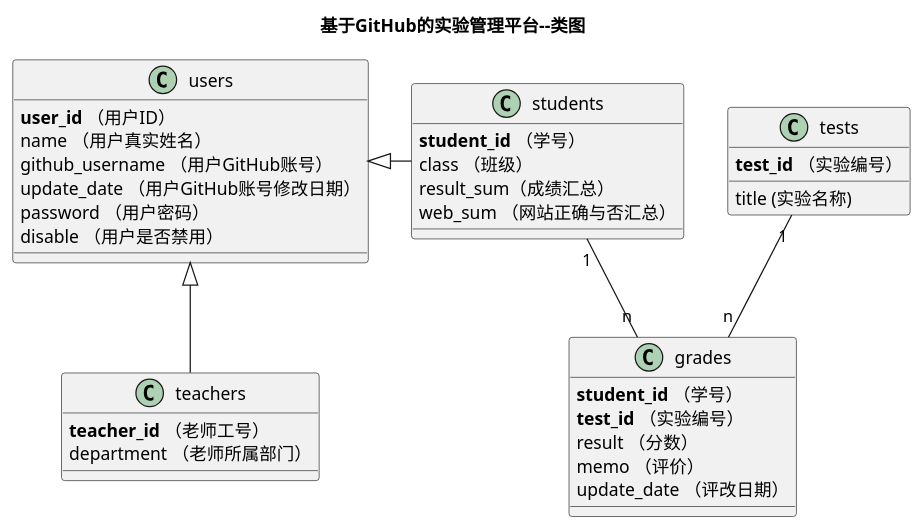
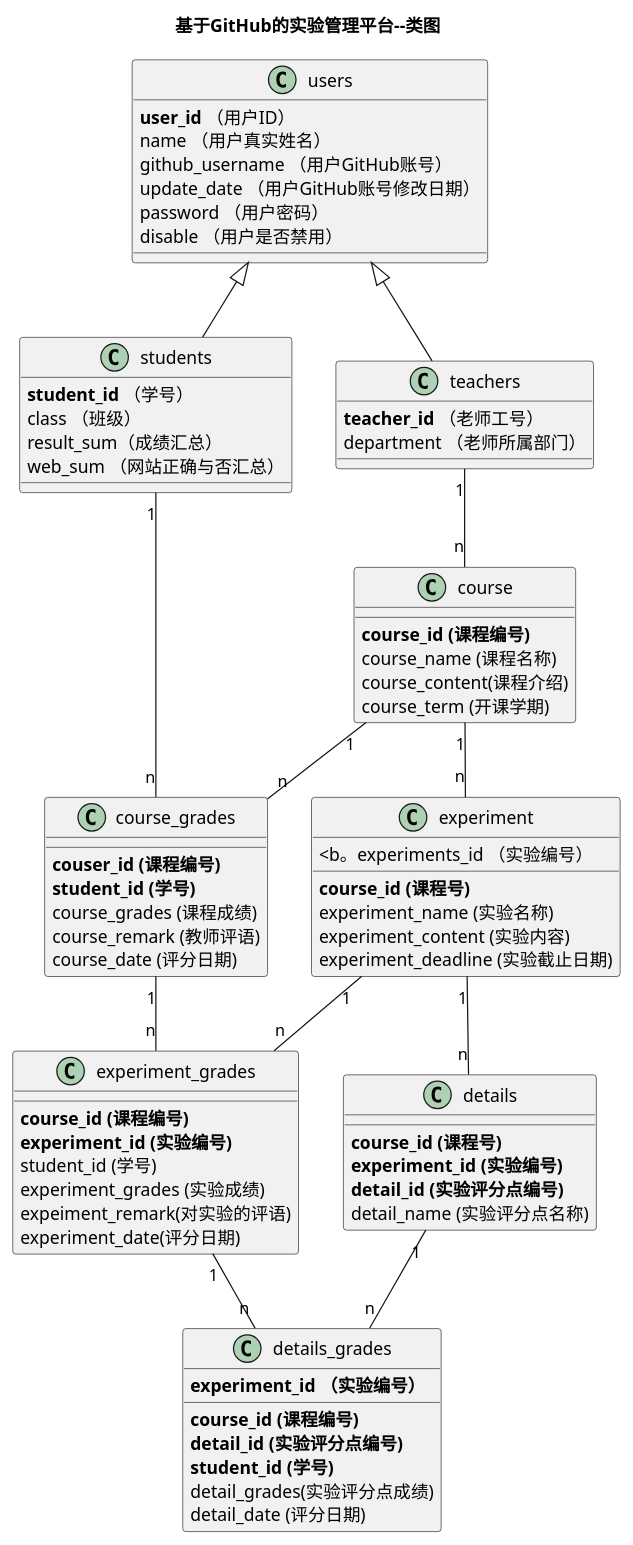
The diagram in test6/src/class.puml (devil125860/is_analysis), drawn with PlantUML before and after one commit. The commit also changed 5 other files, not shown here.

```diff
--- a/test6/src/class.puml
+++ b/test6/src/class.puml
@@ -1,40 +1,80 @@
 @startuml
 title 基于GitHub的实验管理平台--类图
 class users {
     <b>user_id</b> （用户ID）
     name （用户真实姓名）
     github_username （用户GitHub账号）
     update_date （用户GitHub账号修改日期）
     password （用户密码）
     disable （用户是否禁用）
 }
 class teachers{
     <b>teacher_id</b> （老师工号）
     department （老师所属部门）
 }
 class students{
     <b>student_id</b> （学号）
     class （班级）
     result_sum（成绩汇总）
     web_sum （网站正确与否汇总）
 }
 users <|- students
 users <|-- teachers
-class grades {
-    <b>student_id</b> （学号）
-    <b>test_id</b> （实验编号）
-    result （分数）
-    memo （评价）
-    update_date （评改日期）
+
+class course_grades{
+    <b>couser_id (课程编号)
+    <b>student_id (学号)
+    course_grades (课程成绩)
+    course_remark (教师评语)
+    course_date (评分日期)
+}
+class course{
+    <b>course_id (课程编号)
+    course_name (课程名称)
+    course_content(课程介绍)
+    course_term (开课学期)
+}
+class experiment{
+    <b>course_id (课程号)
+    <b。experiments_id （实验编号）
+    experiment_name (实验名称)
+    experiment_content (实验内容)
+    experiment_deadline (实验截止日期)
+}
+class experiment_grades{
+    <b>course_id (课程编号)
+    <b>experiment_id (实验编号)
+    student_id (学号)
+    experiment_grades (实验成绩)
+    expeiment_remark(对实验的评语)
+    experiment_date(评分日期)
+}
+class details{
+    <b>course_id (课程号)
+    <b>experiment_id (实验编号)
+    <b>detail_id (实验评分点编号)
+    detail_name (实验评分点名称)
+}
+class details_grades{
+    <b>course_id (课程编号)
+    <b>experiment_id （实验编号）
+    <b>detail_id (实验评分点编号)
+    <b>student_id (学号)
+    detail_grades(实验评分点成绩)
+    detail_date (评分日期)
 }
 
-class tests {
-    <b>test_id</b> （实验编号）
-    title (实验名称)
-}
+students "1" -- "n"  course_grades
+course_grades "1" -- "n" experiment_grades
+teachers "1" -- "n"  course
+course   "1" -- "n"  course_grades
+course   "1" -- "n" experiment
+experiment "1" -- "n" experiment_grades
+experiment_grades "1" -- "n" details_grades
+experiment "1" -- "n" details
+details "1" -- "n" details_grades
 
-students "1" -- "n"  grades
-tests "1" -- "n"  grades
+
 
 
 @enduml
```
